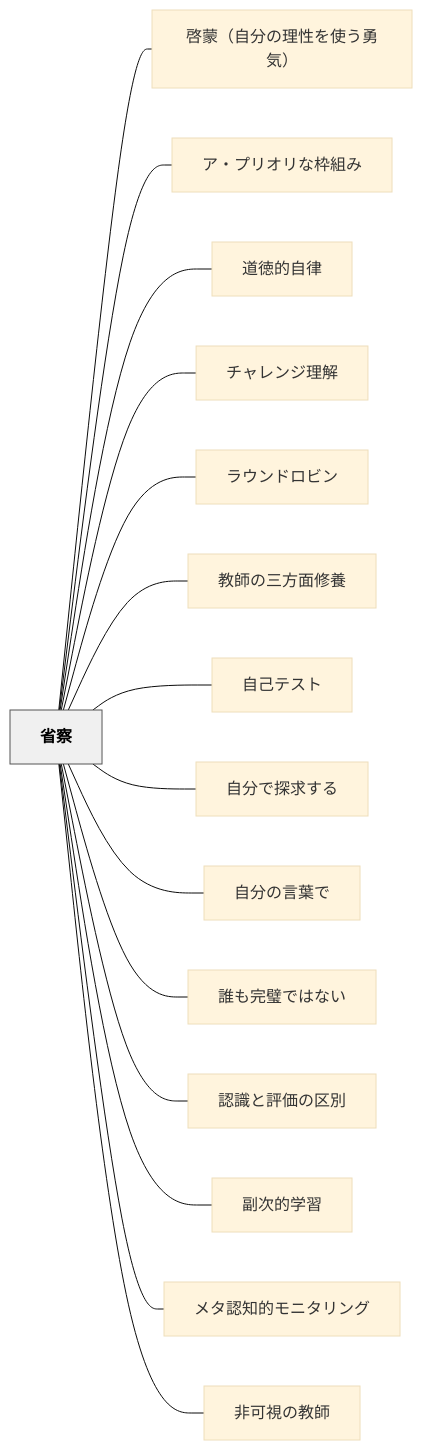
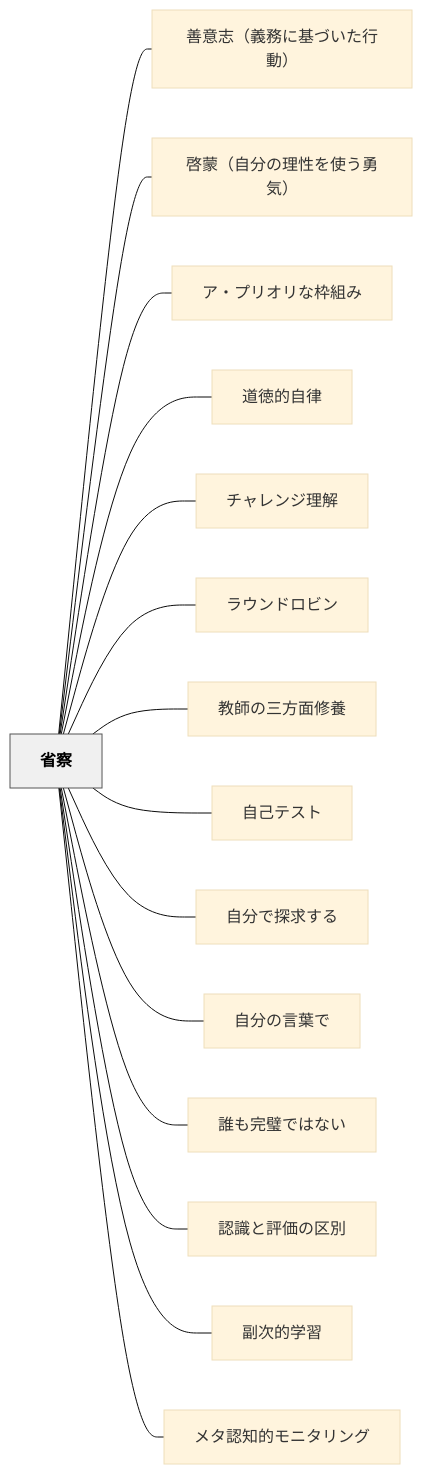
The diagram in content/パタン/省察.md (unknownthings-ed-patterns/unknownthings-ed-patterns), drawn with Mermaid (base theme) before and after one commit. The commit also changed other lines of this file and 18 other files, not shown here.

````diff
--- a/content/パタン/省察.md
+++ b/content/パタン/省察.md
@@ -125,36 +126,36 @@
 ```mermaid
 flowchart LR
     ne79c81e5af9f["省察"]
+    ne59684e6848fe5bf97efbc88e7bea9e58b99e381abe59fbae381a5e38184e3819fe8a18ce58b95efbc89["善意志（義務に基づいた行動）"]
     ne59593e89299efbc88e887aae58886e381aee79086e680a7e38292e4bdbfe38186e58b87e6b097efbc89["啓蒙（自分の理性を使う勇気）"]
     ne382a2e383bbe38397e383aae382aae383aae381aae69ea0e7b584e381bf["ア・プリオリな枠組み"]
     ne98193e5beb3e79a84e887aae5be8b["道徳的自律"]
     ne38381e383a3e383ace383b3e382b8e79086e8a7a3["チャレンジ理解"]
     ne383a9e382a6e383b3e38389e383ade38393e383b3["ラウンドロビン"]
     ne69599e5b8abe381aee4b889e696b9e99da2e4bfaee9a48a["教師の三方面修養"]
     ne887aae5b7b1e38386e382b9e38388["自己テスト"]
     ne887aae58886e381a7e68ea2e6b182e38199e3828b["自分で探求する"]
     ne887aae58886e381aee8a880e89189e381a7["自分の言葉で"]
     ne8aab0e38282e5ae8ce792a7e381a7e381afe381aae38184["誰も完璧ではない"]
     ne8aa8de8ad98e381a8e8a995e4bea1e381aee58cbae588a5["認識と評価の区別"]
     ne589afe6aca1e79a84e5ada6e7bf92["副次的学習"]
     ne383a1e382bfe8aa8de79fa5e79a84e383a2e3838be382bfe383aae383b3e382b0["メタ認知的モニタリング"]
-    ne99d9ee58fafe8a696e381aee69599e5b8ab["非可視の教師"]
 
+    ne79c81e5af9f --- ne59684e6848fe5bf97efbc88e7bea9e58b99e381abe59fbae381a5e38184e3819fe8a18ce58b95efbc89
     ne79c81e5af9f --- ne59593e89299efbc88e887aae58886e381aee79086e680a7e38292e4bdbfe38186e58b87e6b097efbc89
     ne79c81e5af9f --- ne382a2e383bbe38397e383aae382aae383aae381aae69ea0e7b584e381bf
     ne79c81e5af9f --- ne98193e5beb3e79a84e887aae5be8b
     ne79c81e5af9f --- ne38381e383a3e383ace383b3e382b8e79086e8a7a3
     ne79c81e5af9f --- ne383a9e382a6e383b3e38389e383ade38393e383b3
     ne79c81e5af9f --- ne69599e5b8abe381aee4b889e696b9e99da2e4bfaee9a48a
     ne79c81e5af9f --- ne887aae5b7b1e38386e382b9e38388
     ne79c81e5af9f --- ne887aae58886e381a7e68ea2e6b182e38199e3828b
     ne79c81e5af9f --- ne887aae58886e381aee8a880e89189e381a7
     ne79c81e5af9f --- ne8aab0e38282e5ae8ce792a7e381a7e381afe381aae38184
     ne79c81e5af9f --- ne8aa8de8ad98e381a8e8a995e4bea1e381aee58cbae588a5
     ne79c81e5af9f --- ne589afe6aca1e79a84e5ada6e7bf92
     ne79c81e5af9f --- ne383a1e382bfe8aa8de79fa5e79a84e383a2e3838be382bfe383aae383b3e382b0
-    ne79c81e5af9f --- ne99d9ee58fafe8a696e381aee69599e5b8ab
 
     classDef hub fill:#f0f0f0,stroke:#555,color:#000,font-weight:bold
     class ne79c81e5af9f hub
 ```
````
